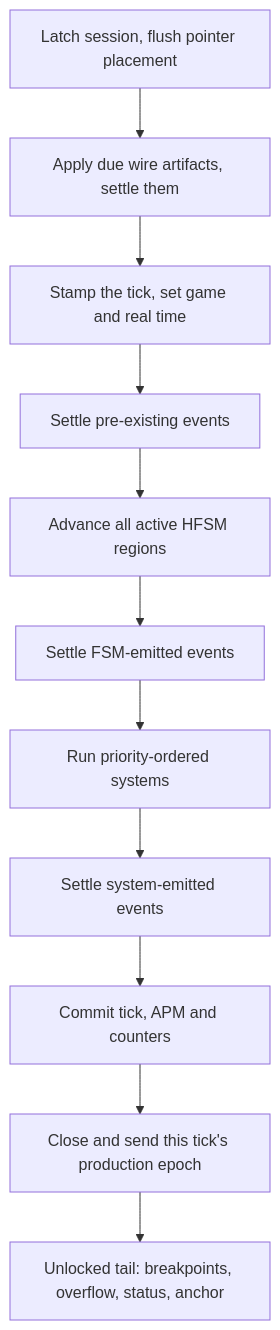
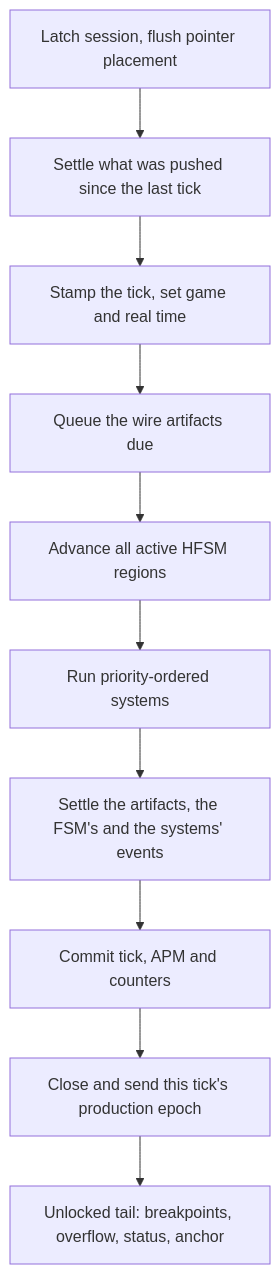
Before and after one commit to lixenwraith/vif: the fourth of 4 diagrams in doc/runtime.md, drawn with Mermaid. The commit also changed other lines of this file and 28 other files, not shown here.

First line of the commit message:
Engine todo close-out: off-map setup entities, late-frame pacing, a sleeping paused run, every clock its whole span (#930)

````diff
--- a/doc/runtime.md
+++ b/doc/runtime.md
@@ -675,13 +687,12 @@
 ```mermaid
 flowchart TD
-    Latch["Latch session, flush pointer placement"] --> Wire["Apply due wire artifacts, settle them"]
-    Wire --> Time["Stamp the tick, set game and real time"]
-    Time --> Pre["Settle pre-existing events"]
-    Pre --> FSM["Advance all active HFSM regions"]
-    FSM --> Post["Settle FSM-emitted events"]
-    Post --> Systems["Run priority-ordered systems"]
-    Systems --> Close["Settle system-emitted events"]
-    Close --> Stats["Commit tick, APM and counters"]
+    Latch["Latch session, flush pointer placement"] --> Pre["Settle what was pushed since the last tick"]
+    Pre --> Time["Stamp the tick, set game and real time"]
+    Time --> Wire["Queue the wire artifacts due"]
+    Wire --> FSM["Advance all active HFSM regions"]
+    FSM --> Systems["Run priority-ordered systems"]
+    Systems --> Settle["Settle the artifacts, the FSM's and the systems' events"]
+    Settle --> Stats["Commit tick, APM and counters"]
     Stats --> Flush["Close and send this tick's production epoch"]
     Flush --> Tail["Unlocked tail: breakpoints, overflow, status, anchor"]
 ```
````
